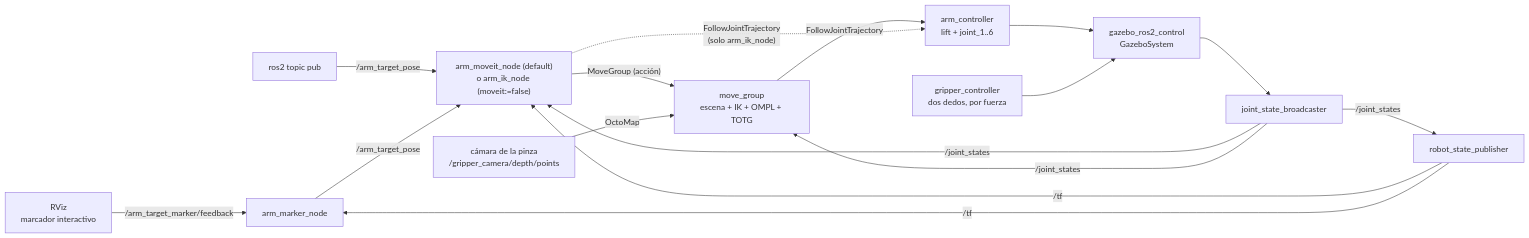
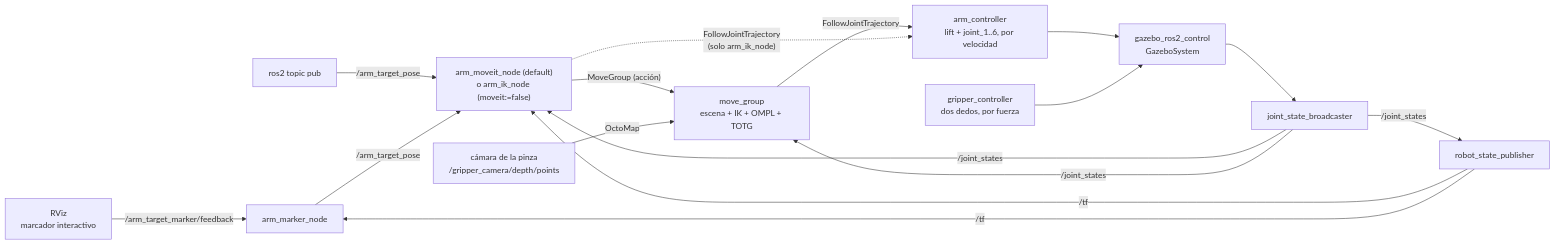
Before and after one commit to Ivan1721/milo_ws: the first of 3 diagrams in docs/informe/README.md, drawn with Mermaid. The commit also changed other lines of this file and 15 other files, not shown here.

First line of the commit message:
Pinza levanta una caja suelta: brazo por velocidad en Gazebo (P15, fase 2)

````diff
--- a/docs/informe/README.md
+++ b/docs/informe/README.md
@@ -831,19 +831,19 @@
 ```mermaid
 flowchart LR
   RV["RViz<br/>marcador interactivo"] -- "/arm_target_marker/feedback" --> MK["arm_marker_node"]
   CLI["ros2 topic pub"] -- "/arm_target_pose" --> IK
   MK -- "/arm_target_pose" --> IK["arm_moveit_node (default)<br/>o arm_ik_node (moveit:=false)"]
   IK -- "MoveGroup (acción)" --> MG["move_group<br/>escena + IK + OMPL + TOTG"]
-  MG -- "FollowJointTrajectory" --> AC["arm_controller<br/>lift + joint_1..6"]
+  MG -- "FollowJointTrajectory" --> AC["arm_controller<br/>lift + joint_1..6, por velocidad"]
   IK -. "FollowJointTrajectory<br/>(solo arm_ik_node)" .-> AC
   CAM["cámara de la pinza<br/>/gripper_camera/depth/points"] -- "OctoMap" --> MG
   GC["gripper_controller<br/>dos dedos, por fuerza"]
   AC --> HW["gazebo_ros2_control<br/>GazeboSystem"]
   GC --> HW
   HW --> JSB["joint_state_broadcaster"]
   JSB -- "/joint_states" --> IK
   JSB -- "/joint_states" --> MG
   JSB -- "/joint_states" --> RSP["robot_state_publisher"]
   RSP -- "/tf" --> IK
   RSP -- "/tf" --> MK
 ```
````
